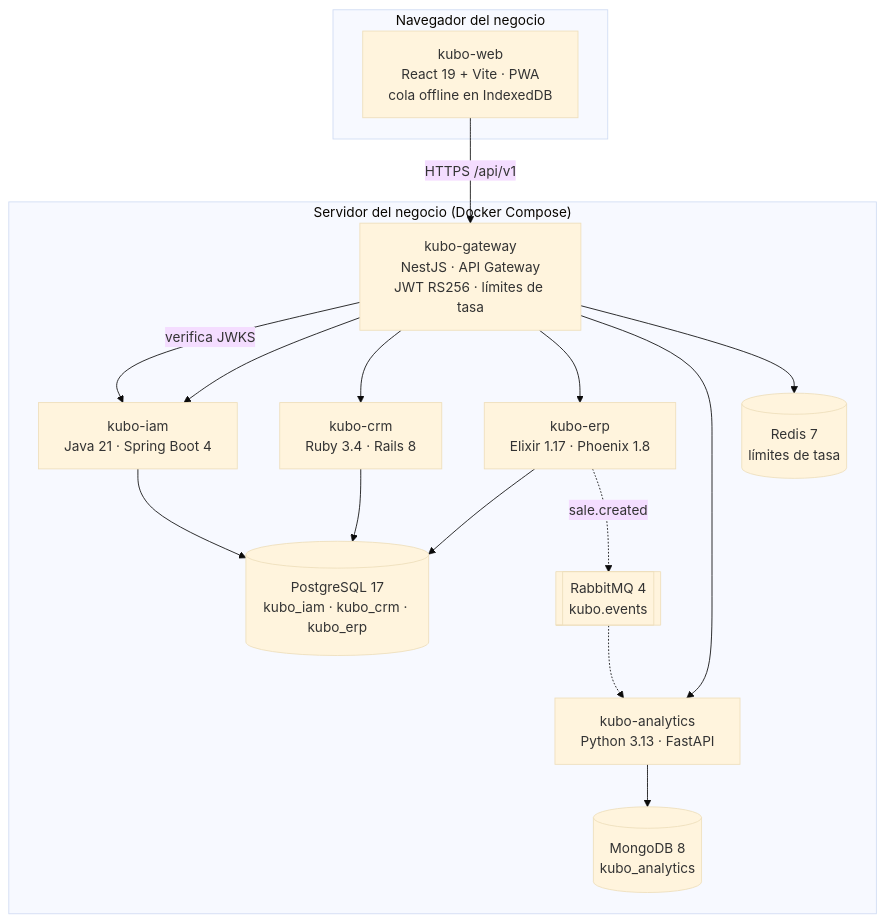
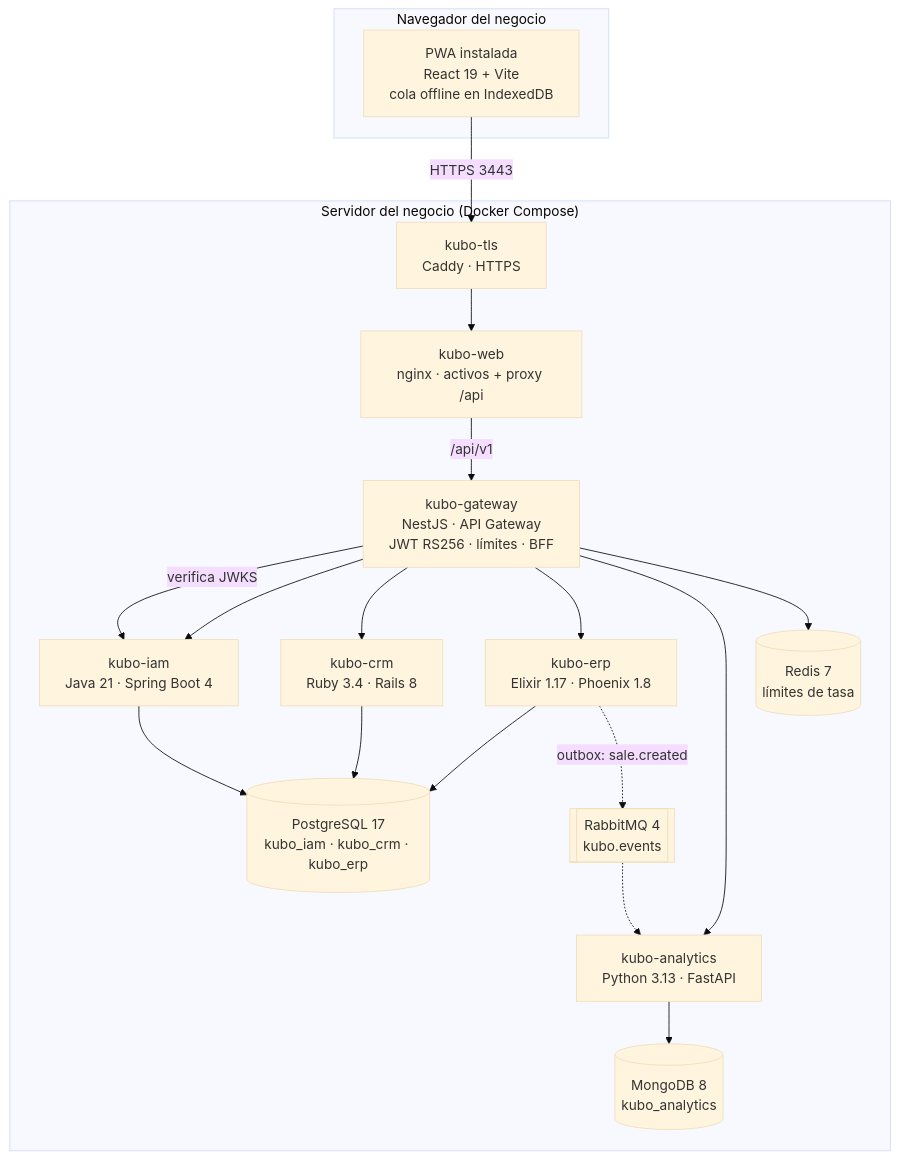
The second of 5 diagrams in 01-arquitectura.md (NFGS/kubo-docs), drawn with Mermaid (base theme) before and after one commit. The commit also changed other lines of this file and 17 other files, not shown here.

````diff
--- a/01-arquitectura.md
+++ b/01-arquitectura.md
@@ -23,35 +23,39 @@
 ```mermaid
 flowchart TB
   subgraph NAVEGADOR["Navegador del negocio"]
-    PWA["kubo-web<br/>React 19 + Vite · PWA<br/>cola offline en IndexedDB"]
+    PWA["PWA instalada<br/>React 19 + Vite<br/>cola offline en IndexedDB"]
   end
 
   subgraph SERVIDOR["Servidor del negocio (Docker Compose)"]
-    GW["kubo-gateway<br/>NestJS · API Gateway<br/>JWT RS256 · límites de tasa"]
+    TLS["kubo-tls<br/>Caddy · HTTPS"]
+    WEB["kubo-web<br/>nginx · activos + proxy /api"]
+    GW["kubo-gateway<br/>NestJS · API Gateway<br/>JWT RS256 · límites · BFF"]
     IAM["kubo-iam<br/>Java 21 · Spring Boot 4"]
     CRM["kubo-crm<br/>Ruby 3.4 · Rails 8"]
     ERP["kubo-erp<br/>Elixir 1.17 · Phoenix 1.8"]
     ANA["kubo-analytics<br/>Python 3.13 · FastAPI"]
 
     PG[("PostgreSQL 17<br/>kubo_iam · kubo_crm · kubo_erp")]
     MG[("MongoDB 8<br/>kubo_analytics")]
     MQ[["RabbitMQ 4<br/>kubo.events"]]
     RD[("Redis 7<br/>límites de tasa")]
   end
 
-  PWA -->|"HTTPS /api/v1"| GW
+  PWA -->|"HTTPS 3443"| TLS
+  TLS --> WEB
+  WEB -->|"/api/v1"| GW
   GW -->|"verifica JWKS"| IAM
   GW --> IAM
   GW --> CRM
   GW --> ERP
   GW --> ANA
   GW --> RD
 
   IAM --> PG
   CRM --> PG
   ERP --> PG
   ANA --> MG
 
-  ERP -.->|"sale.created"| MQ
+  ERP -.->|"outbox: sale.created"| MQ
   MQ -.-> ANA
 ```
````
